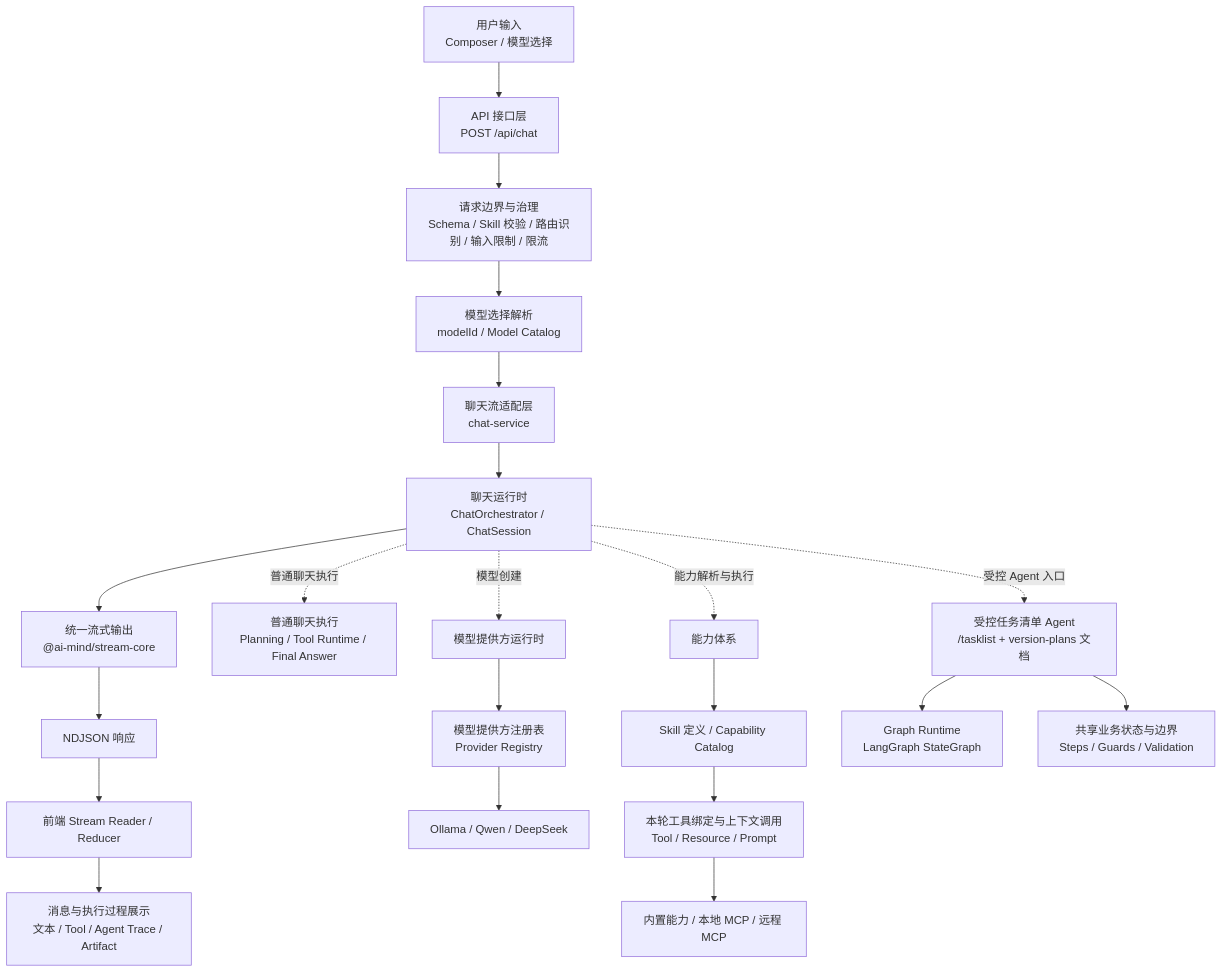
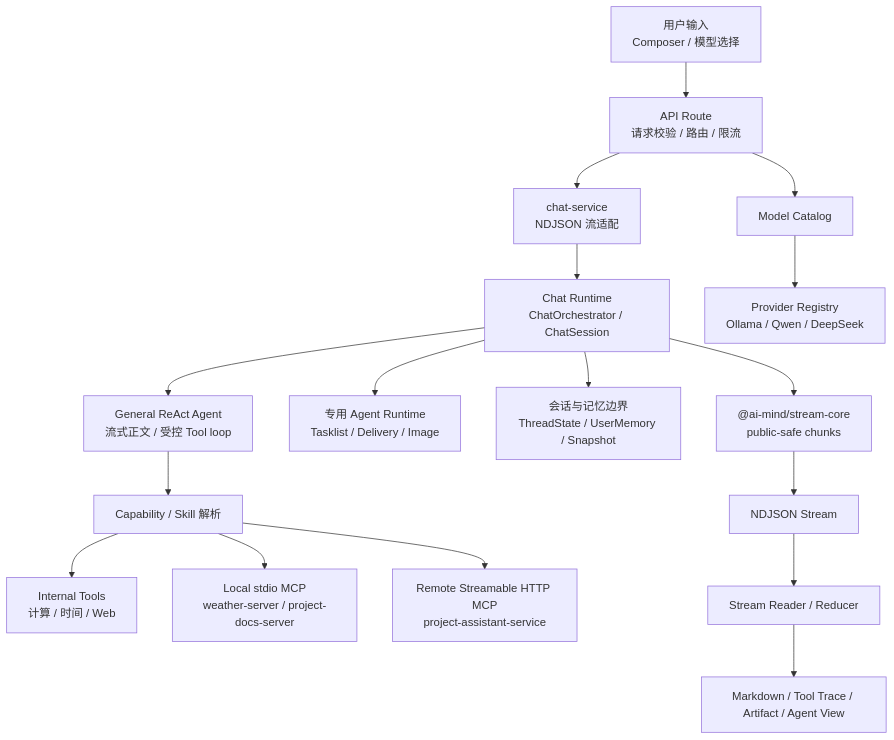
Before and after one commit to HWYD/ai-mind: the diagram in README.md, drawn with Mermaid. The commit also changed other lines of this file and 97 other files, not shown here.

Commit message:
feat(project): 收口 General ReAct 流式正文

````diff
--- a/README.md
+++ b/README.md
@@ -59,28 +44,23 @@
 ```mermaid
 flowchart TD
-    INPUT["用户输入<br/>Composer / 模型选择"] --> API["API 接口层<br/>POST /api/chat"]
-    API --> GUARD["请求边界与治理<br/>Schema / Skill 校验 / 路由识别 / 输入限制 / 限流"]
-    GUARD --> SELECT["模型选择解析<br/>modelId / Model Catalog"]
-    SELECT --> SERVICE["聊天流适配层<br/>chat-service"]
-    SERVICE --> RUNTIME["聊天运行时<br/>ChatOrchestrator / ChatSession"]
+    INPUT["用户输入<br/>Composer / 模型选择"] --> API["API Route<br/>请求校验 / 路由 / 限流"]
+    API --> SERVICE["chat-service<br/>NDJSON 流适配"]
+    SERVICE --> RUNTIME["Chat Runtime<br/>ChatOrchestrator / ChatSession"]
 
-    RUNTIME --> STREAM["统一流式输出<br/>@ai-mind/stream-core"]
-    STREAM --> NDJSON["NDJSON 响应"]
-    NDJSON --> CONSUMER["前端 Stream Reader / Reducer"]
-    CONSUMER --> VIEW["消息与执行过程展示<br/>文本 / Tool / Agent Trace / Artifact"]
+    RUNTIME --> GENERAL["General ReAct Agent<br/>流式正文 / 受控 Tool loop"]
+    RUNTIME --> SPECIAL["专用 Agent Runtime<br/>Tasklist / Delivery / Image"]
+    RUNTIME --> MEMORY["会话与记忆边界<br/>ThreadState / UserMemory / Snapshot"]
 
-    RUNTIME -. 普通聊天执行 .-> CHAT["普通聊天执行<br/>Planning / Tool Runtime / Final Answer"]
+    API --> CATALOG["Model Catalog"]
+    CATALOG --> PROVIDERS["Provider Registry<br/>Ollama / Qwen / DeepSeek"]
 
-    RUNTIME -. 模型创建 .-> MODEL["模型提供方运行时"]
-    MODEL --> REGISTRY["模型提供方注册表<br/>Provider Registry"]
-    REGISTRY --> PROVIDERS["Ollama / Qwen / DeepSeek"]
+    GENERAL --> CAPABILITY["Capability / Skill 解析"]
+    CAPABILITY --> INTERNAL["Internal Tools<br/>计算 / 时间 / Web"]
+    CAPABILITY --> LOCAL["Local stdio MCP<br/>weather-server / project-docs-server"]
+    CAPABILITY --> REMOTE["Remote Streamable HTTP MCP<br/>project-assistant-service"]
 
-    RUNTIME -. 能力解析与执行 .-> CAPABILITY["能力体系"]
-    CAPABILITY --> DEFINITION["Skill 定义 / Capability Catalog"]
-    DEFINITION --> BINDING["本轮工具绑定与上下文调用<br/>Tool / Resource / Prompt"]
-    BINDING --> SOURCES["内置能力 / 本地 MCP / 远程 MCP"]
-
-    RUNTIME -. 受控 Agent 入口 .-> AGENT["受控任务清单 Agent<br/>/tasklist + version-plans 文档"]
-    AGENT --> GRAPH["Graph Runtime<br/>LangGraph StateGraph"]
-    AGENT --> SHARED["共享业务状态与边界<br/>Steps / Guards / Validation"]
+    RUNTIME --> STREAM["@ai-mind/stream-core<br/>public-safe chunks"]
+    STREAM --> NDJSON["NDJSON Stream"]
+    NDJSON --> UI["Stream Reader / Reducer"]
+    UI --> VIEW["Markdown / Tool Trace / Artifact / Agent View"]
 ```
````
